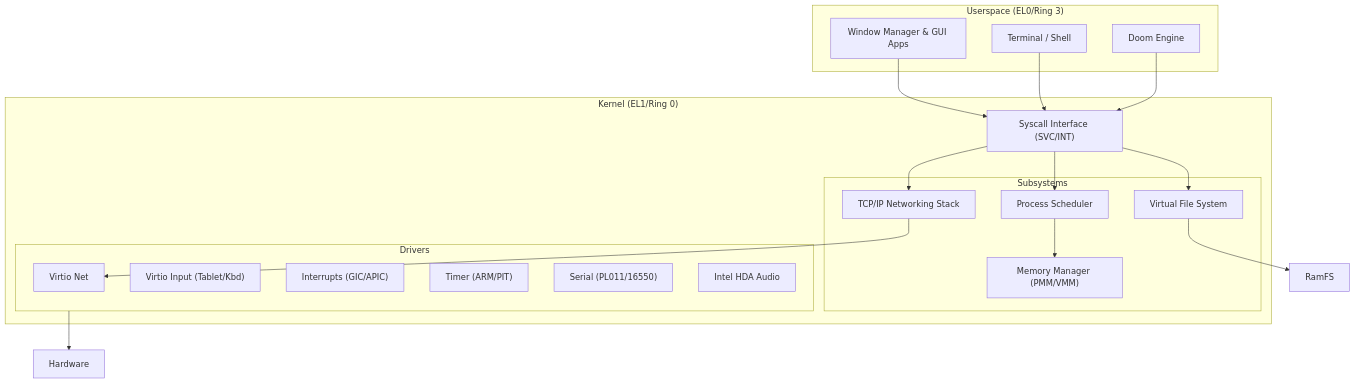
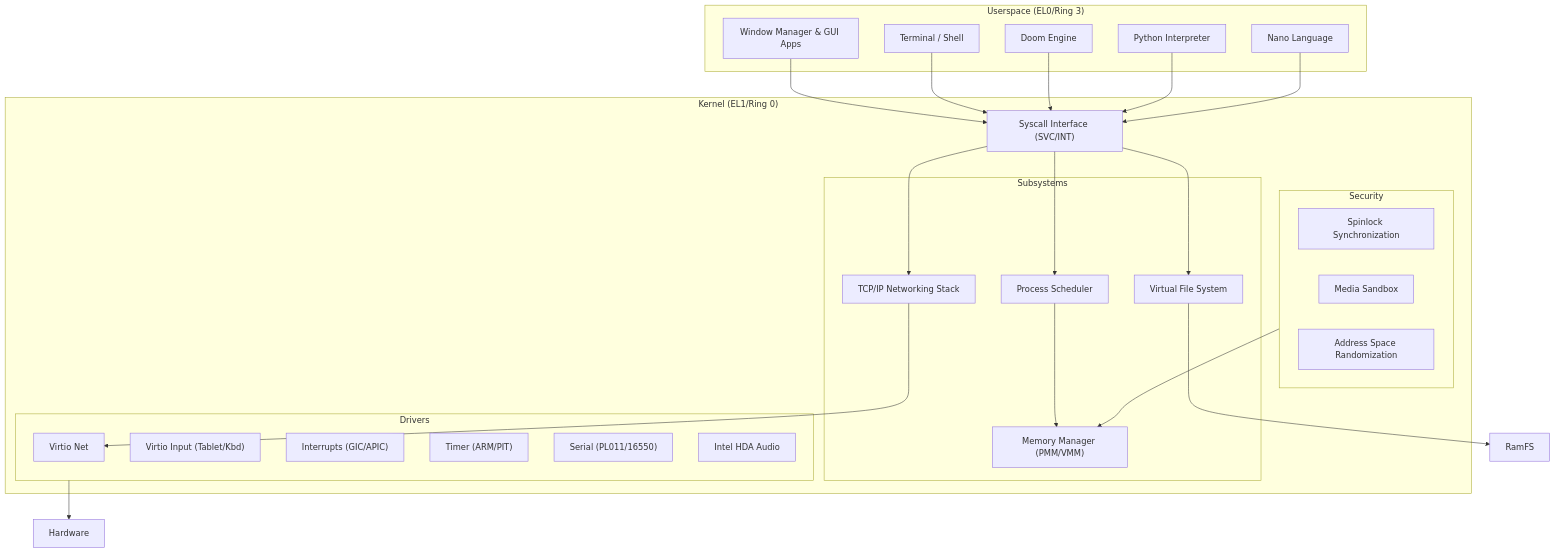
One commit to viralcode/vib-OS changed the diagram in README.md. Above: the diagram before and after it, drawn with Mermaid. The commit also changed other lines of this file and 9 other files, not shown here.

````diff
--- a/README.md
+++ b/README.md
@@ -68,42 +80,53 @@
 ```mermaid
 graph TD
     subgraph Userspace ["Userspace (EL0/Ring 3)"]
         GUI[Window Manager & GUI Apps]
         Shell[Terminal / Shell]
         Doom[Doom Engine]
+        Python[Python Interpreter]
+        Nano[Nano Language]
     end
 
     subgraph Kernel ["Kernel (EL1/Ring 0)"]
         Syscall["Syscall Interface (SVC/INT)"]
         
         subgraph Subsystems
             VFS[Virtual File System]
             Process[Process Scheduler]
             Net[TCP/IP Networking Stack]
             Mem["Memory Manager (PMM/VMM)"]
+        end
+        
+        subgraph Security
+            Spinlock[Spinlock Synchronization]
+            Sandbox[Media Sandbox]
+            ASLR[Address Space Randomization]
         end
         
         subgraph Drivers
             VirtioNet[Virtio Net]
             VirtioInput["Virtio Input (Tablet/Kbd)"]
             IRQ["Interrupts (GIC/APIC)"]
             Timer["Timer (ARM/PIT)"]
             UART["Serial (PL011/16550)"]
             HDA[Intel HDA Audio]
         end
     end
 
     GUI --> Syscall
     Shell --> Syscall
     Doom --> Syscall
+    Python --> Syscall
+    Nano --> Syscall
     
     Syscall --> VFS
     Syscall --> Process
     Syscall --> Net
     
     VFS --> RamFS
     Net --> VirtioNet
     Process --> Mem
     
+    Security --> Mem
     Drivers --> Hardware
 ```
````
